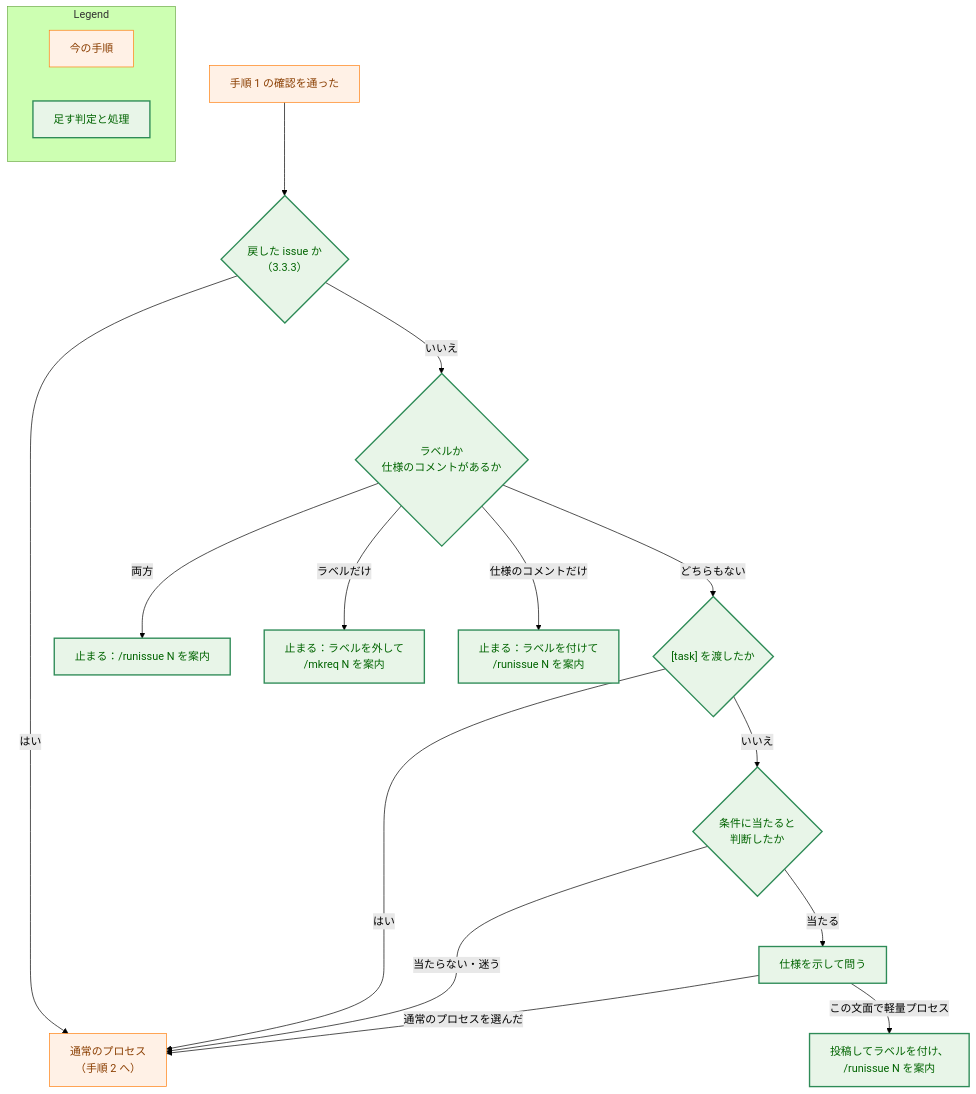
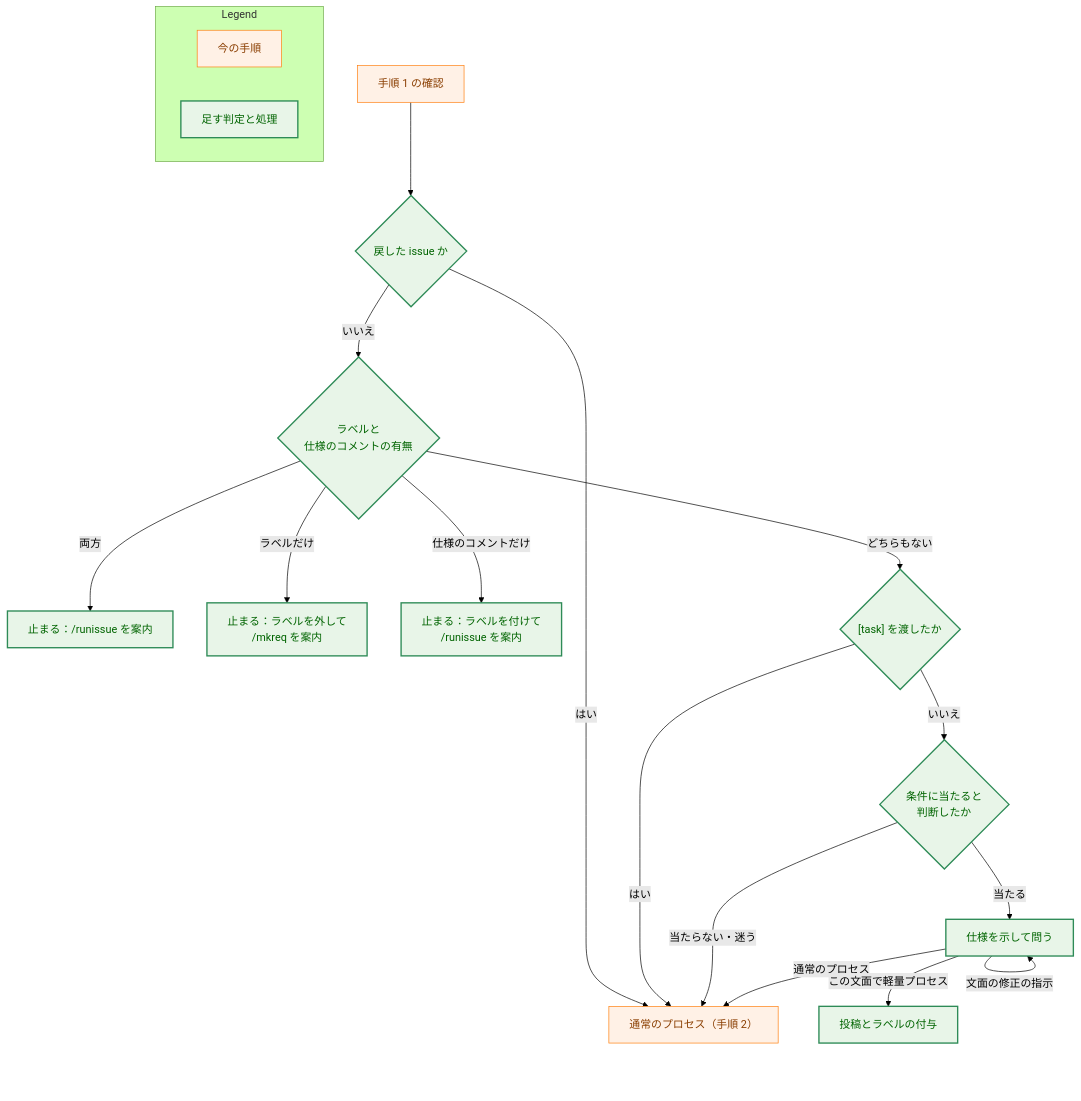
The fourth of 8 diagrams in docs/tasks/0061_lightweight_process/02_architecture.md (isseis/yt2column), drawn with Mermaid (forest theme) before and after one commit. The commit also changed other lines of this file, not shown here.

````diff
--- a/docs/tasks/0061_lightweight_process/02_architecture.md
+++ b/docs/tasks/0061_lightweight_process/02_architecture.md
@@ -419,29 +474,30 @@
 ```mermaid
 flowchart TD
     classDef process fill:#fff1e6,stroke:#ff7f0e,stroke-width:1px,color:#8a3e00;
     classDef enhanced fill:#e8f5e8,stroke:#2e8b57,stroke-width:2px,color:#006400;
 
-    S1["手順 1 の確認を通った"] --> R{"戻した issue か<br>（3.3.3）"}
-    R -->|"はい"| N["通常のプロセス<br>（手順 2 へ）"]
-    R -->|"いいえ"| L{"ラベルか<br>仕様のコメントがあるか"}
-    L -->|"両方"| STOP1["止まる：/runissue N を案内"]
-    L -->|"ラベルだけ"| STOP2["止まる：ラベルを外して<br>/mkreq N を案内"]
-    L -->|"仕様のコメントだけ"| STOP3["止まる：ラベルを付けて<br>/runissue N を案内"]
+    S1["手順 1 の確認"] --> R{"戻した issue か"}
+    R -->|"はい"| N["通常のプロセス（手順 2）"]
+    R -->|"いいえ"| L{"ラベルと<br>仕様のコメントの有無"}
+    L -->|"両方"| STOP1["止まる：/runissue を案内"]
+    L -->|"ラベルだけ"| STOP2["止まる：ラベルを外して<br>/mkreq を案内"]
+    L -->|"仕様のコメントだけ"| STOP3["止まる：ラベルを付けて<br>/runissue を案内"]
     L -->|"どちらもない"| T{"[task] を渡したか"}
     T -->|"はい"| N
     T -->|"いいえ"| J{"条件に当たると<br>判断したか"}
     J -->|"当たらない・迷う"| N
     J -->|"当たる"| Q["仕様を示して問う"]
-    Q -->|"通常のプロセスを選んだ"| N
-    Q -->|"この文面で軽量プロセス"| P["投稿してラベルを付け、<br>/runissue N を案内"]
+    Q -->|"文面の修正の指示"| Q
+    Q -->|"通常のプロセス"| N
+    Q -->|"この文面で軽量プロセス"| P["投稿とラベルの付与"]
 
     class S1,N process
     class R,L,T,J,Q,P,STOP1,STOP2,STOP3 enhanced
 
     subgraph Legend["Legend"]
         L1["今の手順"]
         L2["足す判定と処理"]
     end
     class L1 process
     class L2 enhanced
 ```
````
